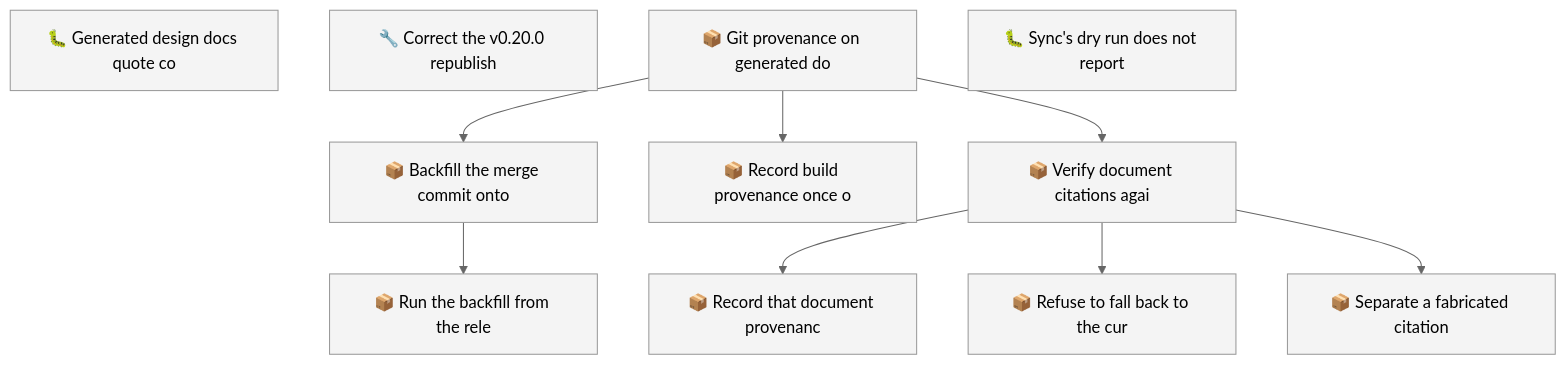
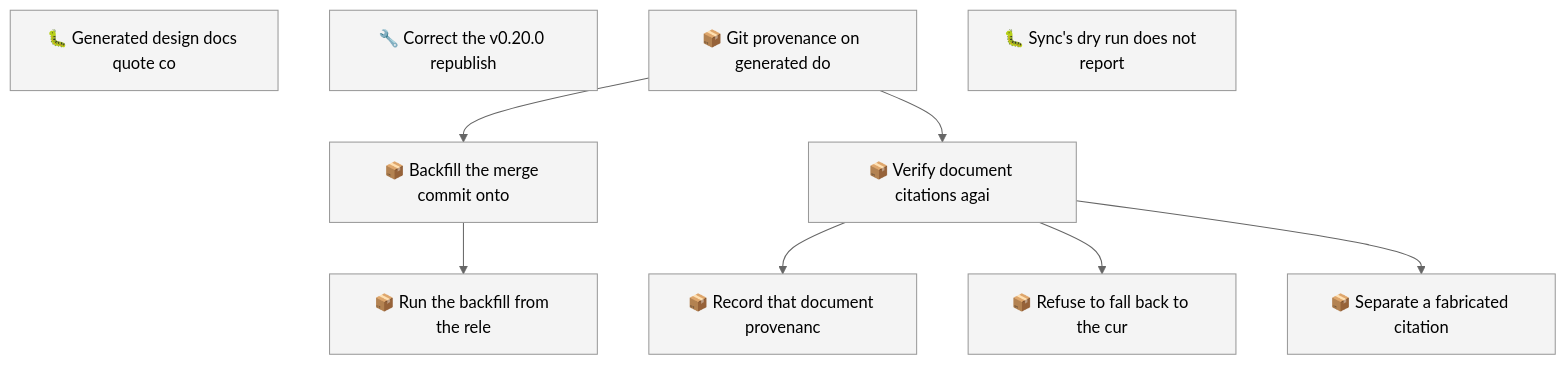
The first of 2 diagrams in docs/roadmap.md (SpillwaveSolutions/wiki_ticket_sdd), drawn with Mermaid (neutral theme) before and after one commit. The commit also changed other lines of this file and 10 other files, not shown here.

First line of the commit message:
feat(ia): record build provenance once on the manifest (01KZ30X6JE1ERVS43QVXEEGVXA)

````diff
--- a/docs/roadmap.md
+++ b/docs/roadmap.md
@@ -61,23 +60,21 @@
 ```mermaid
 graph TD
     01KZ2M75CEXBQHFN1AG1Z8A2YB["🐛 Generated design docs quote co"]
     01KZ2PJZF067ZS4YW231C1FM28["🔧 Correct the v0.20.0 republish"]
     01KZ30X6HZ6FKJXJX386J44CB1["📦 Git provenance on generated do"]
     01KZ30X6JE0QSQF6BE8S0YRPBW["📦 Backfill the merge commit onto"]
-    01KZ30X6JE1ERVS43QVXEEGVXA["📦 Record build provenance once o"]
     01KZ30X6JE8542ERDW1B8A9P8H["📦 Run the backfill from the rele"]
     01KZ30X6JEBXN08HQTQ77ESSTV["📦 Record that document provenanc"]
     01KZ30X6JEETVQZG7YYFM7B998["📦 Refuse to fall back to the cur"]
     01KZ30X6JEF29Z5AEEWXBSJWHV["📦 Verify document citations agai"]
     01KZ30X6JEWCD74E81Y555DAYP["📦 Separate a fabricated citation"]
     01KZ31DGAQ2YDP6RMEMVNAWABH["🐛 Sync's dry run does not report"]
     01KZ30X6HZ6FKJXJX386J44CB1 --> 01KZ30X6JE0QSQF6BE8S0YRPBW
-    01KZ30X6HZ6FKJXJX386J44CB1 --> 01KZ30X6JE1ERVS43QVXEEGVXA
     01KZ30X6JE0QSQF6BE8S0YRPBW --> 01KZ30X6JE8542ERDW1B8A9P8H
     01KZ30X6JEF29Z5AEEWXBSJWHV --> 01KZ30X6JEBXN08HQTQ77ESSTV
     01KZ30X6JEF29Z5AEEWXBSJWHV --> 01KZ30X6JEETVQZG7YYFM7B998
     01KZ30X6HZ6FKJXJX386J44CB1 --> 01KZ30X6JEF29Z5AEEWXBSJWHV
     01KZ30X6JEF29Z5AEEWXBSJWHV --> 01KZ30X6JEWCD74E81Y555DAYP
     classDef todo fill:#f4f4f4,stroke:#999999
-    class 01KZ2M75CEXBQHFN1AG1Z8A2YB,01KZ2PJZF067ZS4YW231C1FM28,01KZ30X6HZ6FKJXJX386J44CB1,01KZ30X6JE0QSQF6BE8S0YRPBW,01KZ30X6JE1ERVS43QVXEEGVXA,01KZ30X6JE8542ERDW1B8A9P8H,01KZ30X6JEBXN08HQTQ77ESSTV,01KZ30X6JEETVQZG7YYFM7B998,01KZ30X6JEF29Z5AEEWXBSJWHV,01KZ30X6JEWCD74E81Y555DAYP,01KZ31DGAQ2YDP6RMEMVNAWABH todo
+    class 01KZ2M75CEXBQHFN1AG1Z8A2YB,01KZ2PJZF067ZS4YW231C1FM28,01KZ30X6HZ6FKJXJX386J44CB1,01KZ30X6JE0QSQF6BE8S0YRPBW,01KZ30X6JE8542ERDW1B8A9P8H,01KZ30X6JEBXN08HQTQ77ESSTV,01KZ30X6JEETVQZG7YYFM7B998,01KZ30X6JEF29Z5AEEWXBSJWHV,01KZ30X6JEWCD74E81Y555DAYP,01KZ31DGAQ2YDP6RMEMVNAWABH todo
 ```
````
